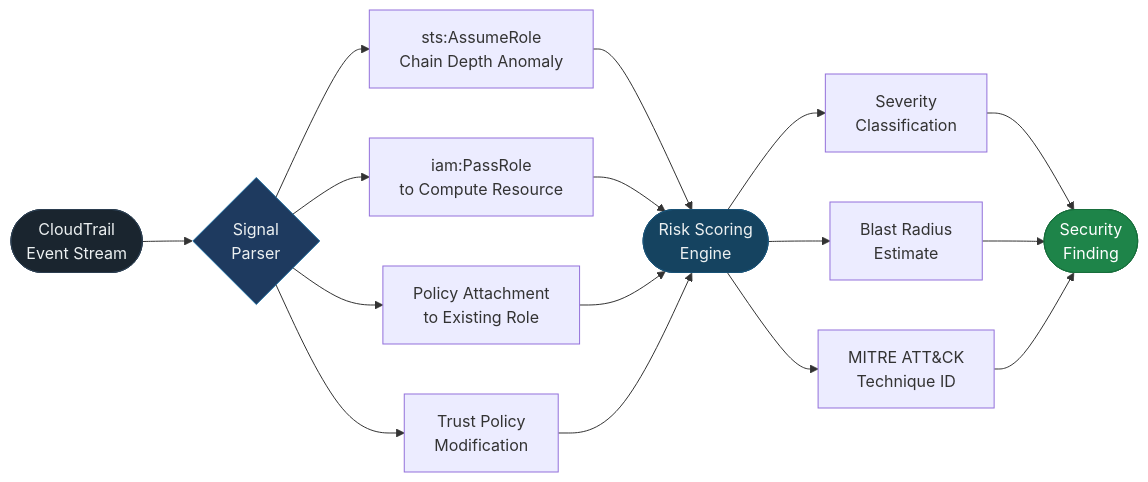
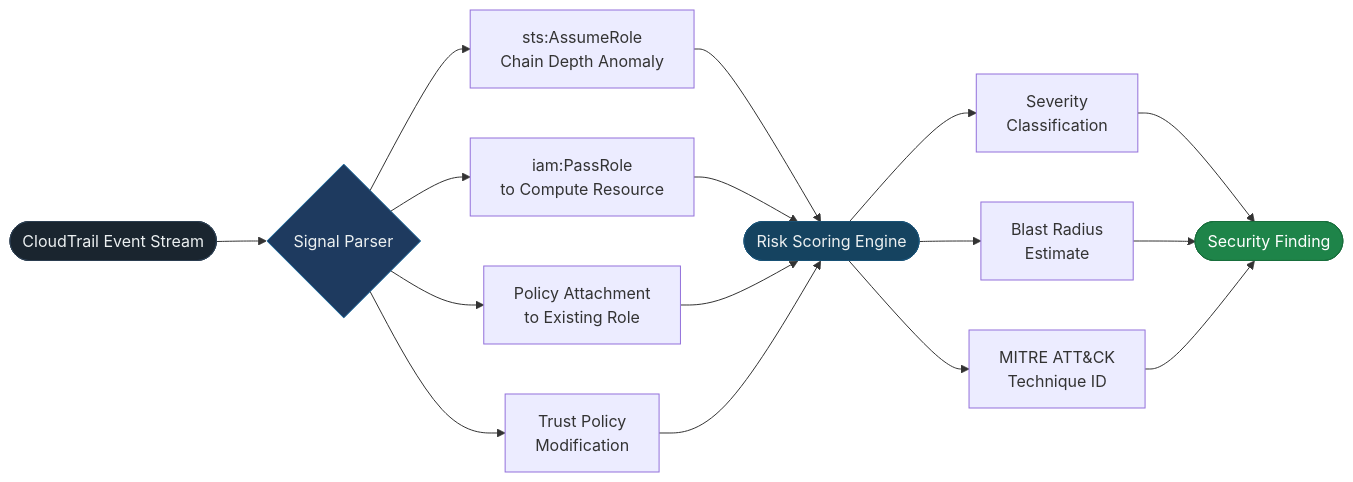
One commit to EmmanuelAdesina/cloud-identity-security-engineering changed the fourth of 4 diagrams in README.md. Above: the diagram before and after it, drawn with Mermaid. The commit also changed other lines of this file, not shown here.

````diff
--- a/README.md
+++ b/README.md
@@ -200,22 +182,27 @@
 ```mermaid
 flowchart LR
-    A([CloudTrail\nEvent Stream]) --> B{Signal\nParser}
+    A([CloudTrail Event Stream]) --> B{Signal Parser}
 
     B --> C["sts:AssumeRole\nChain Depth Anomaly"]
     B --> D["iam:PassRole\nto Compute Resource"]
     B --> E["Policy Attachment\nto Existing Role"]
     B --> F["Trust Policy\nModification"]
 
-    C & D & E & F --> G([Risk Scoring\nEngine])
+    C --> G([Risk Scoring Engine])
+    D --> G
+    E --> G
+    F --> G
 
     G --> H["Severity\nClassification"]
     G --> I["Blast Radius\nEstimate"]
     G --> J["MITRE ATT&CK\nTechnique ID"]
 
-    H & I & J --> K([Security\nFinding])
+    H --> K([Security Finding])
+    I --> K
+    J --> K
 
     style A fill:#1a252f,color:#ecf0f1,stroke:#2c3e50
     style B fill:#1e3a5f,color:#ecf0f1,stroke:#2471a3
     style G fill:#154360,color:#ecf0f1,stroke:#1a5276
     style K fill:#1e8449,color:#fff,stroke:#196f3d
 ```
````
